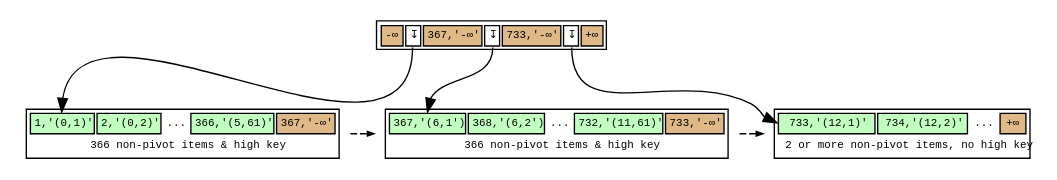
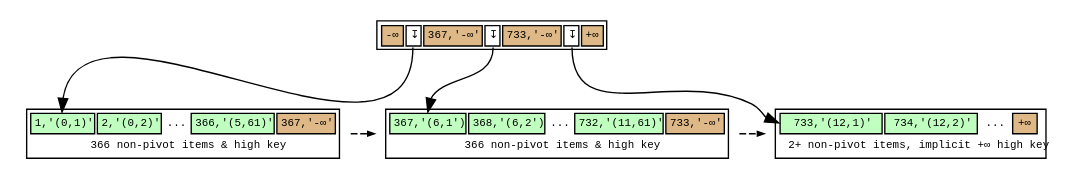
One commit to petergeoghegan/pg_query_internals changed the diagram in postgres-real-btree.dot. Above: the diagram before and after it, drawn with Graphviz.

Commit message:
Real Postgres dotfile caption tweak

```diff
--- a/postgres-real-btree.dot
+++ b/postgres-real-btree.dot
@@ -1,88 +1,88 @@
 // Example B-Tree graph
 //
 // Breadth-first order
 //
 // Start from root, go left to right
 //
 // Workflow:
 //
 // $ dot -T svg btree.dot -o btree.svg;
 
 digraph nbtree {
 graph [fontname = "monospace"];
 node [shape = none,height=.1,fontname = "monospace",fontsize=8];
 // Level 1 (root level)
 // Downlinks + highkey:
 rootnode[ label=<<table>
                     <tr>
                         <td bgcolor='burlywood' port="s0">-&infin;</td>
                         <td bgcolor='white' port="d0">&#8615;</td>
                         <td bgcolor='burlywood' port="s1">367,'-&infin;'</td>
                         <td bgcolor='white' port="d1">&#8615;</td>
                         <td bgcolor='burlywood' port="s2">733,'-&infin;'</td>
                         <td bgcolor='white' port="d2">&#8615;</td>
                         <td bgcolor='burlywood' port="hk">+&infin;</td>
                     </tr>
                 </table>
                >
         ];
 // Downlink arrows to children:
 "rootnode":d0 -> "leafnode_1":t0
 "rootnode":d1 -> "leafnode_2":t0
 "rootnode":d2 -> "leafnode_3":t0
 
 // sibling pointer:
 // (None)
 
 
 // Level 0 (leaf level)
 leafnode_1[ label=<<table>
                     <tr>
                         <td bgcolor='darkseagreen1' port="t0">1,'(0,1)'</td>
                         <td bgcolor='darkseagreen1' port="t1">2,'(0,2)'</td>
                         <td border="0" bgcolor='white' port="t2">...</td>
                         <td bgcolor='darkseagreen1' port="t1">366,'(5,61)'</td>
                         <td bgcolor='burlywood' port="hk">367,'-&infin;'</td>
                     </tr>
                     <tr>
                         <td colspan="5" border="0" bgcolor='white'>366 non-pivot items &amp; high key</td>
                     </tr>
                 </table>
                >
         ];
 // sibling pointer:
 "leafnode_1" -> "leafnode_2"[constraint=false,color=black,style=dashed,arrowsize=0.5]
 leafnode_2[ label=<<table>
                     <tr>
                         <td bgcolor='darkseagreen1' port="t0">367,'(6,1')</td>
                         <td bgcolor='darkseagreen1' port="t1">368,'(6,2')</td>
                         <td border="0" bgcolor='white' port="t2">...</td>
                         <td bgcolor='darkseagreen1' port="t1">732,'(11,61)'</td>
                         <td bgcolor='burlywood' port="hk">733,'-&infin;'</td>
                     </tr>
                     <tr>
                         <td colspan="5" border="0" bgcolor='white'>366 non-pivot items &amp; high key</td>
                     </tr>
                 </table>
                >
         ];
 // sibling pointer:
 "leafnode_2" -> "leafnode_3"[constraint=false,color=black,style=dashed,arrowsize=0.5]
 leafnode_3[ label=<<table>
                     <tr>
                         <td bgcolor='darkseagreen1' port="t0">733,'(12,1)'</td>
                         <td bgcolor='darkseagreen1' port="t1">734,'(12,2)'</td>
                         <td border="0" bgcolor='white' port="t2">...</td>
                         <td bgcolor='burlywood' port="hk">+&infin;</td>
                     </tr>
                     <tr>
-                        <td colspan="4" border="0" bgcolor='white'>2 or more non-pivot items, no high key</td>
+                        <td colspan="5" border="0" bgcolor='white'>2+ non-pivot items, implicit +&infin; high key</td>
                     </tr>
                 </table>
                >
         ];
 
 //Force alignment from root to internal to leaf levels:
 edge[style=invis];
 "rootnode":d1 -> "leafnode_2":t2
 }
```
